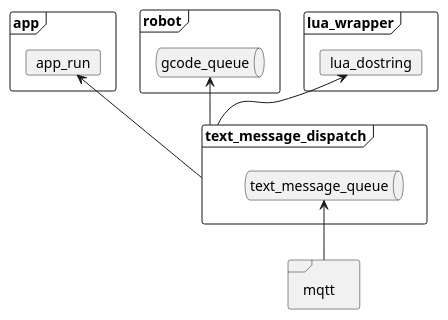
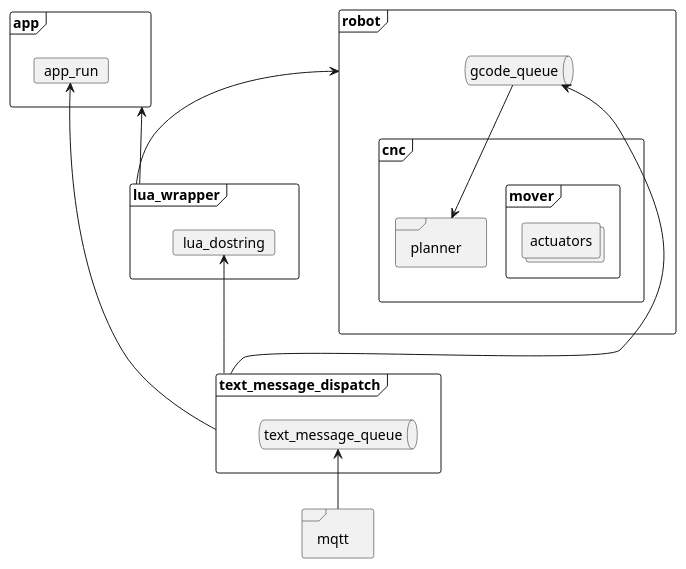
Before and after one commit to voicevon/gobot_front: the diagram in esp32_arm/src/MyLibs/app_base/docs/deploy.puml, drawn with PlantUML.

Commit message:
rename class

```diff
--- a/esp32_arm/src/MyLibs/app_base/docs/deploy.puml
+++ b/esp32_arm/src/MyLibs/app_base/docs/deploy.puml
@@ -1,27 +1,39 @@
 @startuml
 
 frame app{
-card app_run
+    card app_run
 }
 
 frame robot{
-queue gcode_queue
+    queue gcode_queue
+    frame cnc{
+        frame planner{
+        }
+        gcode_queue --> planner
+        
+        frame mover{
+            collections actuators
+        }
+    }
 }
 
 frame text_message_dispatch{
 queue text_message_queue
 
 }
+
 frame lua_wrapper{
 card lua_dostring
 }
+app <-- lua_wrapper
+robot <-- lua_wrapper
+app_run <--- text_message_dispatch 
 
-app_run <-- text_message_dispatch 
-gcode_queue <-- text_message_dispatch
+gcode_queue <--- text_message_dispatch
 lua_dostring <-- text_message_dispatch
 
 frame mqtt{
 }
 text_message_queue <-- mqtt
 
 @enduml
```
